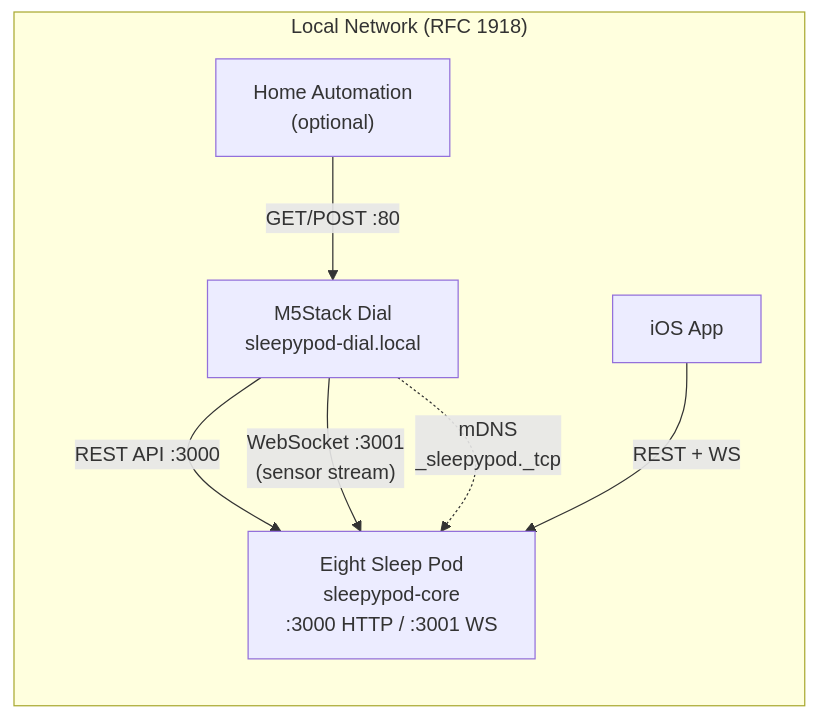
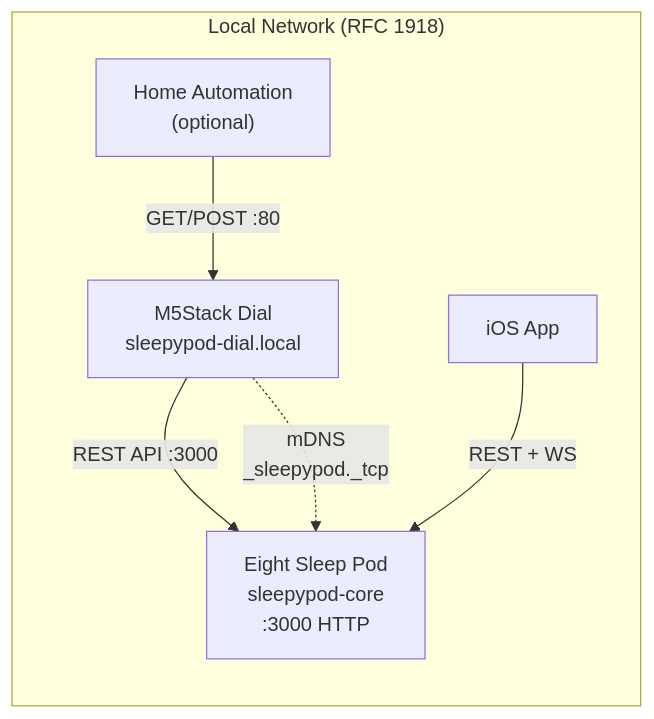
Before and after one commit to sleepypod/m5-rotary-dial: the first of 6 diagrams in docs/architecture.md, drawn with Mermaid. The commit also changed 4 other files, not shown here.

````diff
--- a/docs/architecture.md
+++ b/docs/architecture.md
@@ -11,16 +11,15 @@
 ```mermaid
 graph LR
     subgraph LAN["Local Network (RFC 1918)"]
         Dial["M5Stack Dial<br/>sleepypod-dial.local"]
-        Pod["Eight Sleep Pod<br/>sleepypod-core<br/>:3000 HTTP / :3001 WS"]
+        Pod["Eight Sleep Pod<br/>sleepypod-core<br/>:3000 HTTP"]
         Phone["iOS App"]
         HA["Home Automation<br/>(optional)"]
     end
 
     Dial -- "REST API :3000" --> Pod
-    Dial -- "WebSocket :3001<br/>(sensor stream)" --> Pod
     Phone -- "REST + WS" --> Pod
     HA -- "GET/POST :80" --> Dial
 
     Dial -. "mDNS<br/>_sleepypod._tcp" .-> Pod
 ```
````
